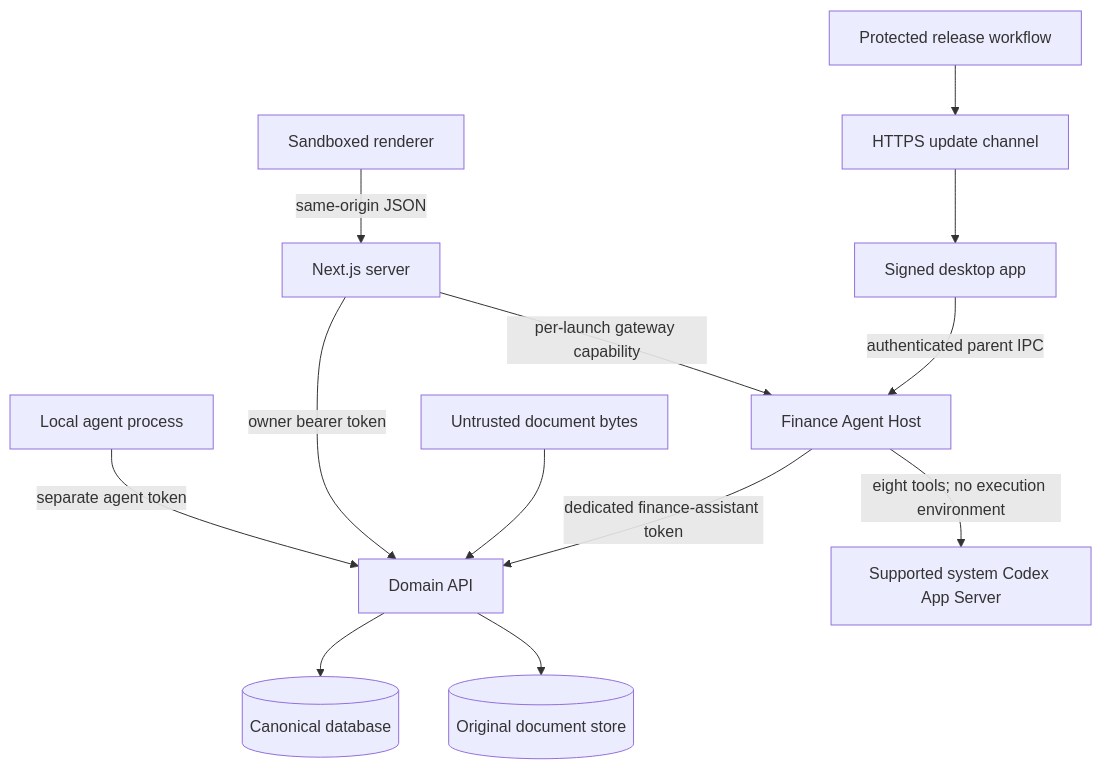
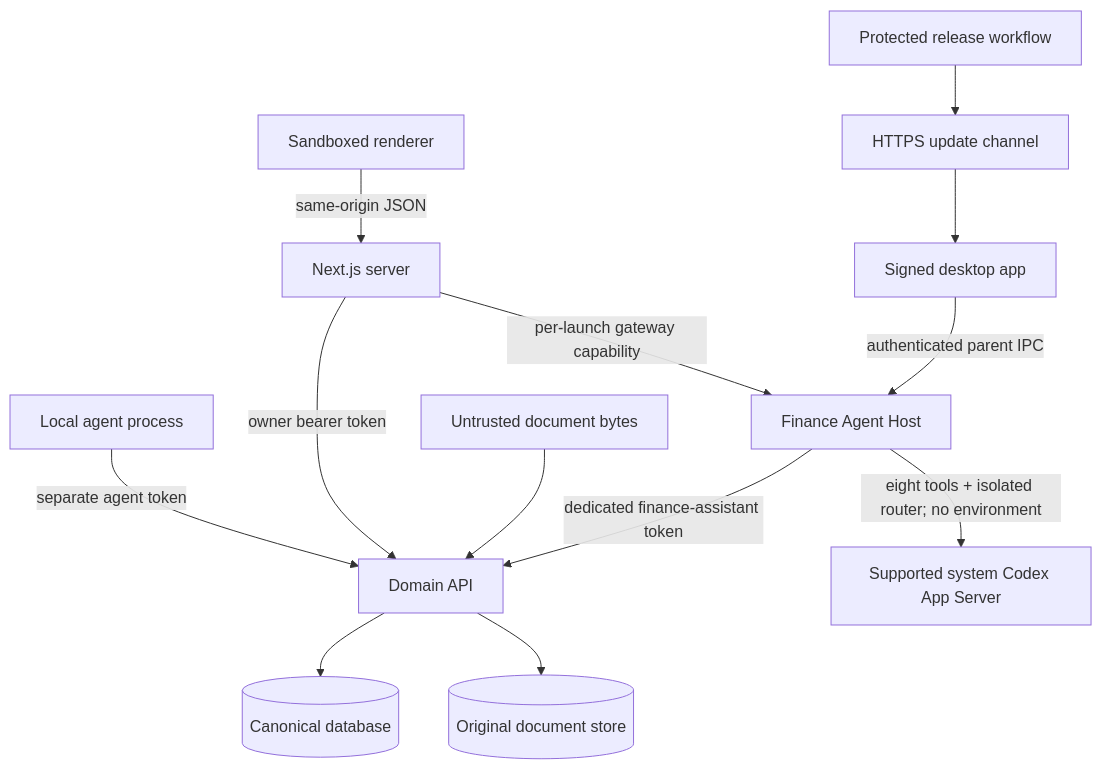
One commit to ChrBoebel/chelaro changed the diagram in docs/security/THREAT_MODEL.md. Above: the diagram before and after it, drawn with Mermaid. The commit also changed other lines of this file and 27 other files, not shown here.

````diff
--- a/docs/security/THREAT_MODEL.md
+++ b/docs/security/THREAT_MODEL.md
@@ -21,15 +21,15 @@
 ```mermaid
 flowchart TB
     Browser[Sandboxed renderer] -->|same-origin JSON| Next[Next.js server]
     Next -->|owner bearer token| API[Domain API]
     Agent[Local agent process] -->|separate agent token| API
     Desktop -->|authenticated parent IPC| Host[Finance Agent Host]
     Next -->|per-launch gateway capability| Host
     Host -->|dedicated finance-assistant token| API
-    Host -->|eight tools; no execution environment| Codex[Supported system Codex App Server]
+    Host -->|eight tools + isolated router; no environment| Codex[Supported system Codex App Server]
     Upload[Untrusted document bytes] --> API
     API --> DB[(Canonical database)]
     API --> Files[(Original document store)]
     Release[Protected release workflow] --> Channel[HTTPS update channel]
     Channel --> Desktop[Signed desktop app]
 ```
````
